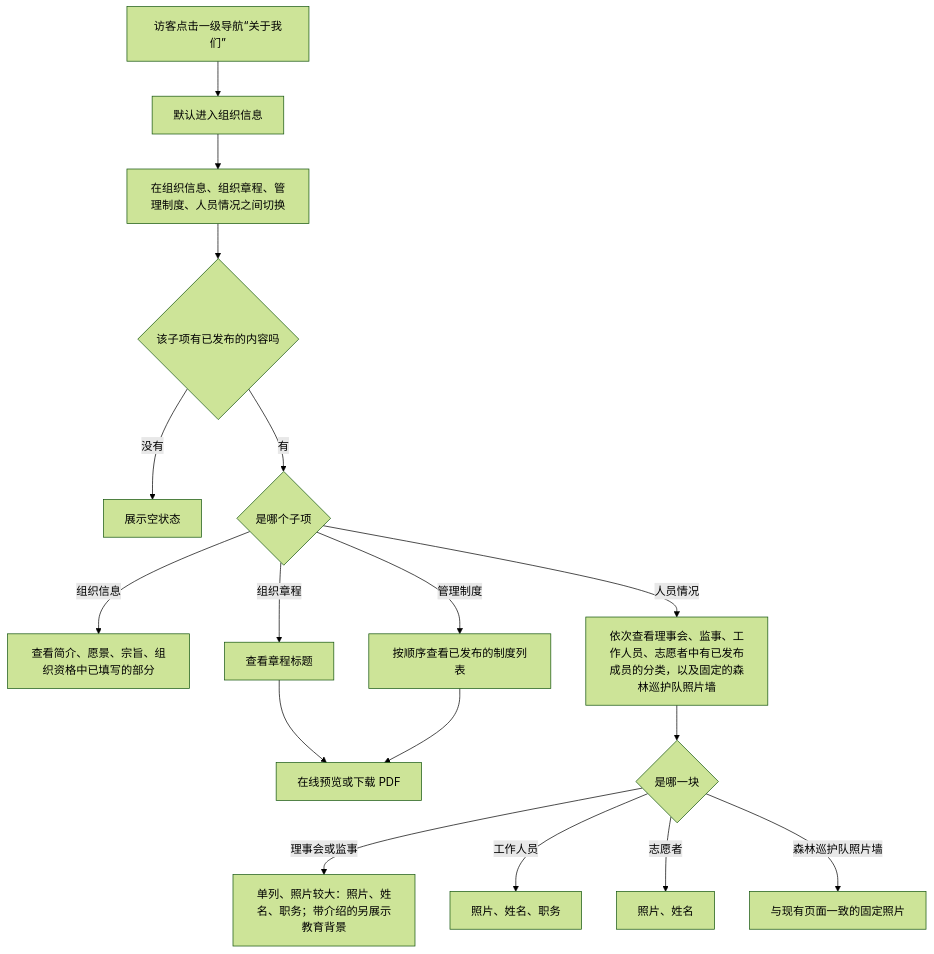
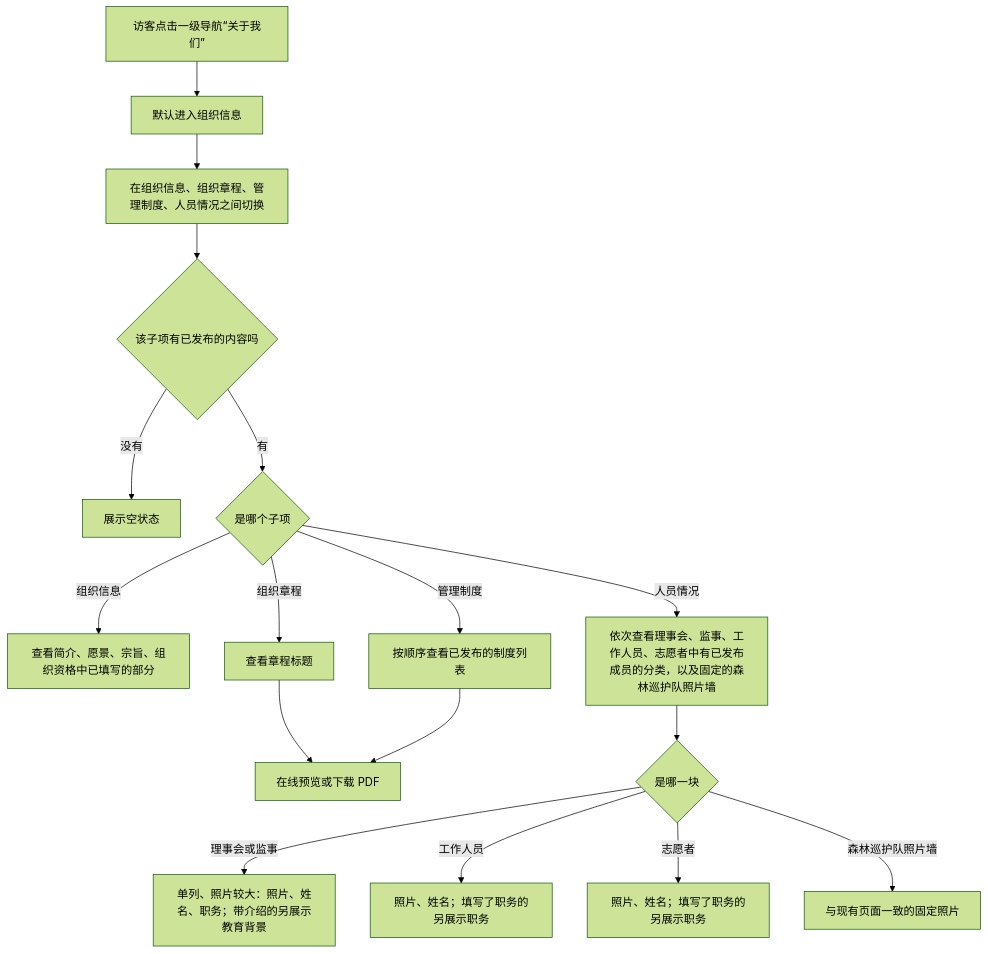
Before and after one commit to wxblockchain/luna: the first of 5 diagrams in prd/about-us/luna-about-us-prd-02-flows.md, drawn with Mermaid (forest theme). The commit also changed 2 other files, not shown here.

Commit message:
docs: 关于我们 PRD 工作人员、志愿者职务改为选填
- 工作人员、志愿者职务选填，填写后官网展示，未填不显示占位；理事会、监事职务仍必填。
- 换分类时仅清除新分类不展示的教育背景，照片和职务保留。
- 同步图 1 与 AC-04-16、AC-04-17、AC-04-18，新增 AC-04-24，验收共 61 条。

````diff
--- a/prd/about-us/luna-about-us-prd-02-flows.md
+++ b/prd/about-us/luna-about-us-prd-02-flows.md
@@ -18,19 +18,19 @@
 ```mermaid
 flowchart TD
     A[访客点击一级导航“关于我们”] --> B[默认进入组织信息]
     B --> C[在组织信息、组织章程、管理制度、人员情况之间切换]
     C --> D{该子项有已发布的内容吗}
     D -->|没有| E[展示空状态]
     D -->|有| F{是哪个子项}
     F -->|组织信息| G[查看简介、愿景、宗旨、组织资格中已填写的部分]
     F -->|组织章程| H[查看章程标题]
     F -->|管理制度| N[按顺序查看已发布的制度列表]
     H --> I[在线预览或下载 PDF]
     N --> I
     F -->|人员情况| J[依次查看理事会、监事、工作人员、志愿者中有已发布成员的分类，以及固定的森林巡护队照片墙]
     J --> K{是哪一块}
     K -->|理事会或监事| L[单列、照片较大：照片、姓名、职务；带介绍的另展示教育背景]
-    K -->|工作人员| M[照片、姓名、职务]
-    K -->|志愿者| O[照片、姓名]
+    K -->|工作人员| M[照片、姓名；填写了职务的另展示职务]
+    K -->|志愿者| O[照片、姓名；填写了职务的另展示职务]
     K -->|森林巡护队照片墙| P[与现有页面一致的固定照片]
 ```
````
